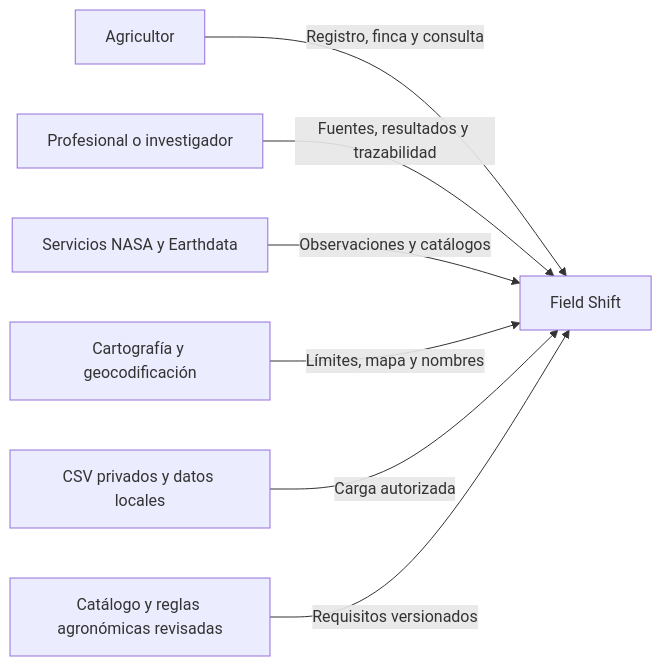
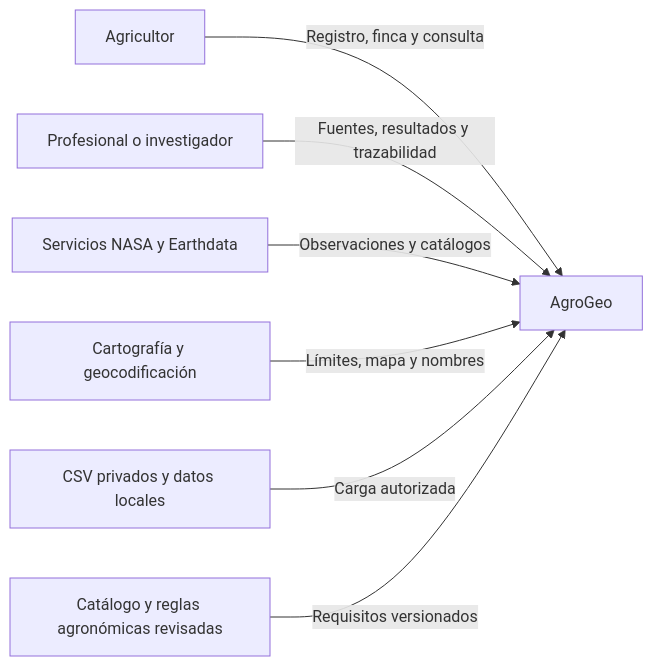
Before and after one commit to Samuelbomc/SpaceApps2026: the first of 2 diagrams in docs/architecture/overview.md, drawn with Mermaid. The commit also changed other lines of this file and 122 other files, not shown here.

Commit message:
feat: consolidate AgroGeo workspace and daily data updates

````diff
--- a/docs/architecture/overview.md
+++ b/docs/architecture/overview.md
@@ -10,9 +10,9 @@
 ```mermaid
 flowchart LR
-    FARMER[Agricultor] -->|Registro, finca y consulta| SYSTEM[Field Shift]
+    FARMER[Agricultor] -->|Registro, finca y consulta| SYSTEM[AgroGeo]
     ANALYST[Profesional o investigador] -->|Fuentes, resultados y trazabilidad| SYSTEM
     NASA[Servicios NASA y Earthdata] -->|Observaciones y catálogos| SYSTEM
     GEO[Cartografía y geocodificación] -->|Límites, mapa y nombres| SYSTEM
     LOCAL[CSV privados y datos locales] -->|Carga autorizada| SYSTEM
     CATALOG[Catálogo y reglas agronómicas revisadas] -->|Requisitos versionados| SYSTEM
 ```
````
